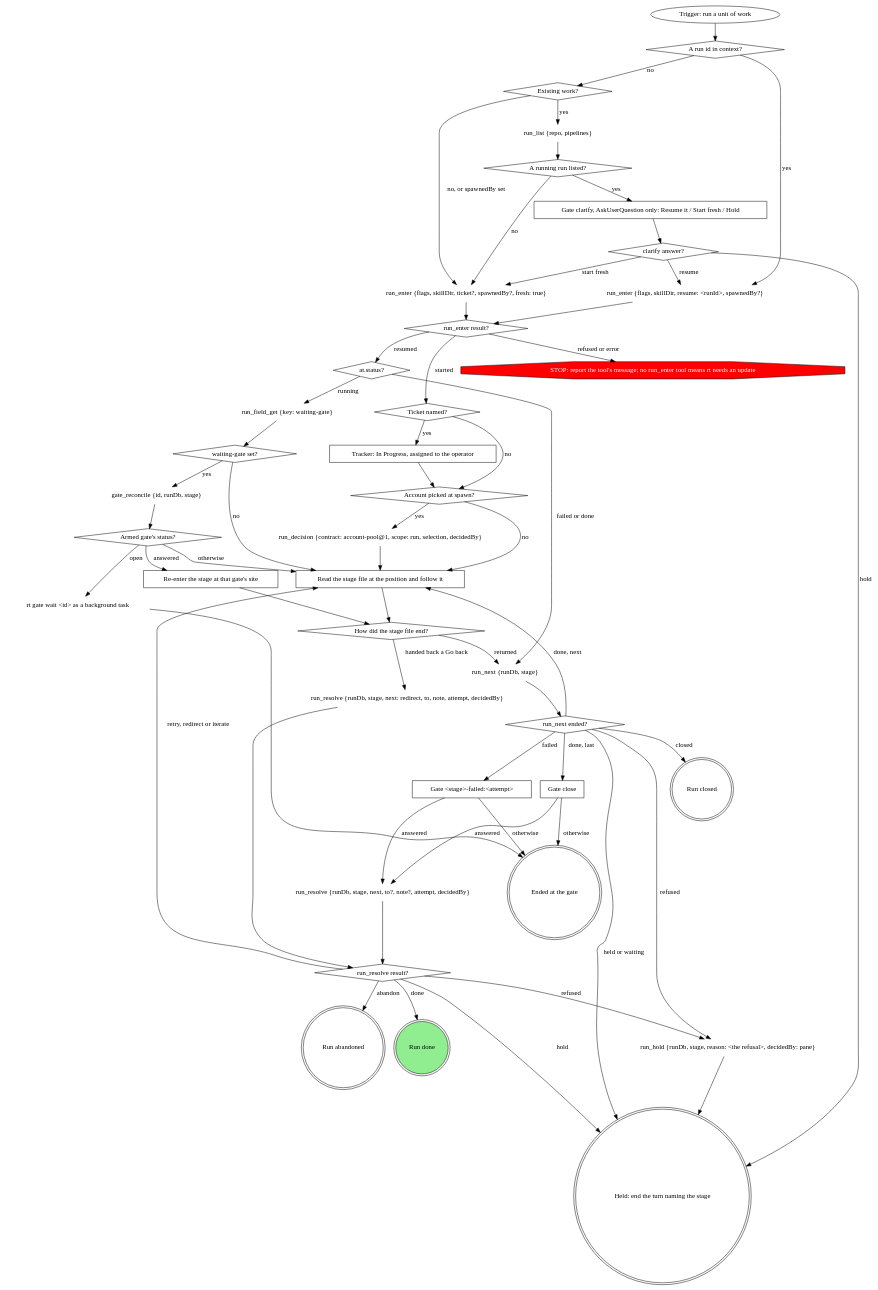
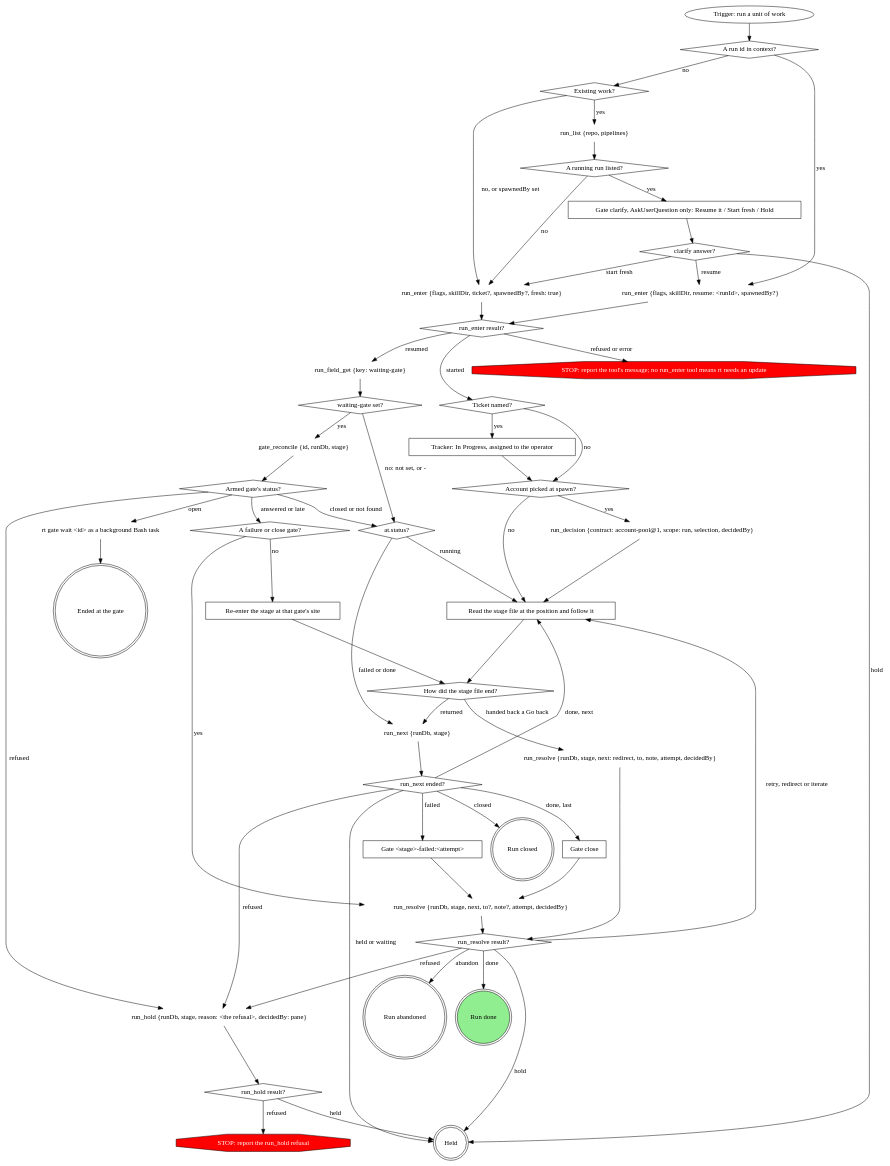
One commit to m4ttstack/mattstack changed the diagram in plugins/mattstack/attachments/pipeline/work/SKILL.md. Above: the diagram before and after it, drawn with Graphviz. The commit also changed other lines of this file and 1 other file, not shown here.

Commit message:
work: hand-back decidedBy, resume reconcile on every row, kept rules

````diff
--- a/plugins/mattstack/attachments/pipeline/work/SKILL.md
+++ b/plugins/mattstack/attachments/pipeline/work/SKILL.md
@@ -46,13 +46,14 @@
     "Tracker: In Progress, assigned to the operator" [shape=box];
     "Account picked at spawn?" [shape=diamond];
     "run_decision {contract: account-pool@1, scope: run, selection, decidedBy}" [shape=plaintext];
-    "at.status?" [shape=diamond];
     "run_field_get {key: waiting-gate}" [shape=plaintext];
     "waiting-gate set?" [shape=diamond];
     "gate_reconcile {id, runDb, stage}" [shape=plaintext];
     "Armed gate's status?" [shape=diamond];
-    "rt gate wait <id> as a background task" [shape=plaintext];
+    "A failure or close gate?" [shape=diamond];
+    "rt gate wait <id> as a background Bash task" [shape=plaintext];
     "Re-enter the stage at that gate's site" [shape=box];
+    "at.status?" [shape=diamond];
     "Read the stage file at the position and follow it" [shape=box];
     "How did the stage file end?" [shape=diamond];
     "run_next {runDb, stage}" [shape=plaintext];
@@ -63,7 +64,9 @@
     "run_resolve {runDb, stage, next: redirect, to, note, attempt, decidedBy}" [shape=plaintext];
     "run_resolve result?" [shape=diamond];
     "run_hold {runDb, stage, reason: <the refusal>, decidedBy: pane}" [shape=plaintext];
-    "Held: end the turn naming the stage" [shape=doublecircle];
+    "run_hold result?" [shape=diamond];
+    "STOP: report the run_hold refusal" [shape=octagon style=filled fillcolor=red fontcolor=white];
+    "Held" [shape=doublecircle];
     "Ended at the gate" [shape=doublecircle];
     "Run closed" [shape=doublecircle];
     "Run abandoned" [shape=doublecircle];
@@ -80,50 +83,52 @@
     "Gate clarify, AskUserQuestion only: Resume it / Start fresh / Hold" -> "clarify answer?";
     "clarify answer?" -> "run_enter {flags, skillDir, resume: <runId>, spawnedBy?}" [label="resume"];
     "clarify answer?" -> "run_enter {flags, skillDir, ticket?, spawnedBy?, fresh: true}" [label="start fresh"];
-    "clarify answer?" -> "Held: end the turn naming the stage" [label="hold"];
+    "clarify answer?" -> "Held" [label="hold"];
     "run_enter {flags, skillDir, resume: <runId>, spawnedBy?}" -> "run_enter result?";
     "run_enter {flags, skillDir, ticket?, spawnedBy?, fresh: true}" -> "run_enter result?";
     "run_enter result?" -> "Ticket named?" [label="started"];
-    "run_enter result?" -> "at.status?" [label="resumed"];
+    "run_enter result?" -> "run_field_get {key: waiting-gate}" [label="resumed"];
     "run_enter result?" -> "STOP: report the tool's message; no run_enter tool means rt needs an update" [label="refused or error"];
     "Ticket named?" -> "Tracker: In Progress, assigned to the operator" [label="yes"];
     "Ticket named?" -> "Account picked at spawn?" [label="no"];
     "Tracker: In Progress, assigned to the operator" -> "Account picked at spawn?";
     "Account picked at spawn?" -> "run_decision {contract: account-pool@1, scope: run, selection, decidedBy}" [label="yes"];
     "Account picked at spawn?" -> "Read the stage file at the position and follow it" [label="no"];
-    "run_decision {contract: account-pool@1, scope: run, selection, decidedBy}" -> "Read the stage file at the position and follow it";
-    "at.status?" -> "run_field_get {key: waiting-gate}" [label="running"];
-    "at.status?" -> "run_next {runDb, stage}" [label="failed or done"];
+    "run_decision {contract: account-pool@1, scope: run, selection, decidedBy}" -> "Read the stage file at the position and follow it" -> "How did the stage file end?";
     "run_field_get {key: waiting-gate}" -> "waiting-gate set?";
     "waiting-gate set?" -> "gate_reconcile {id, runDb, stage}" [label="yes"];
-    "waiting-gate set?" -> "Read the stage file at the position and follow it" [label="no"];
+    "waiting-gate set?" -> "at.status?" [label="no: not set, or -"];
     "gate_reconcile {id, runDb, stage}" -> "Armed gate's status?";
-    "Armed gate's status?" -> "Re-enter the stage at that gate's site" [label="answered"];
-    "Armed gate's status?" -> "rt gate wait <id> as a background task" [label="open"];
-    "Armed gate's status?" -> "Read the stage file at the position and follow it" [label="otherwise"];
-    "rt gate wait <id> as a background task" -> "Ended at the gate";
+    "Armed gate's status?" -> "A failure or close gate?" [label="answered or late"];
+    "Armed gate's status?" -> "rt gate wait <id> as a background Bash task" [label="open"];
+    "Armed gate's status?" -> "at.status?" [label="closed or not found"];
+    "Armed gate's status?" -> "run_hold {runDb, stage, reason: <the refusal>, decidedBy: pane}" [label="refused"];
+    "A failure or close gate?" -> "run_resolve {runDb, stage, next, to?, note?, attempt, decidedBy}" [label="yes"];
+    "A failure or close gate?" -> "Re-enter the stage at that gate's site" [label="no"];
+    "rt gate wait <id> as a background Bash task" -> "Ended at the gate";
     "Re-enter the stage at that gate's site" -> "How did the stage file end?";
-    "Read the stage file at the position and follow it" -> "How did the stage file end?";
+    "at.status?" -> "Read the stage file at the position and follow it" [label="running"];
+    "at.status?" -> "run_next {runDb, stage}" [label="failed or done"];
     "How did the stage file end?" -> "run_next {runDb, stage}" [label="returned"];
     "How did the stage file end?" -> "run_resolve {runDb, stage, next: redirect, to, note, attempt, decidedBy}" [label="handed back a Go back"];
     "run_next {runDb, stage}" -> "run_next ended?";
     "run_next ended?" -> "Read the stage file at the position and follow it" [label="done, next"];
     "run_next ended?" -> "Gate close" [label="done, last"];
     "run_next ended?" -> "Gate <stage>-failed:<attempt>" [label="failed"];
-    "run_next ended?" -> "Held: end the turn naming the stage" [label="held or waiting"];
+    "run_next ended?" -> "Held" [label="held or waiting"];
     "run_next ended?" -> "Run closed" [label="closed"];
     "run_next ended?" -> "run_hold {runDb, stage, reason: <the refusal>, decidedBy: pane}" [label="refused"];
-    "Gate <stage>-failed:<attempt>" -> "run_resolve {runDb, stage, next, to?, note?, attempt, decidedBy}" [label="answered"];
-    "Gate <stage>-failed:<attempt>" -> "Ended at the gate" [label="otherwise"];
-    "Gate close" -> "run_resolve {runDb, stage, next, to?, note?, attempt, decidedBy}" [label="answered"];
-    "Gate close" -> "Ended at the gate" [label="otherwise"];
+    "Gate <stage>-failed:<attempt>" -> "run_resolve {runDb, stage, next, to?, note?, attempt, decidedBy}";
+    "Gate close" -> "run_resolve {runDb, stage, next, to?, note?, attempt, decidedBy}";
     "run_resolve {runDb, stage, next, to?, note?, attempt, decidedBy}" -> "run_resolve result?";
     "run_resolve {runDb, stage, next: redirect, to, note, attempt, decidedBy}" -> "run_resolve result?";
     "run_resolve result?" -> "Read the stage file at the position and follow it" [label="retry, redirect or iterate"];
-    "run_resolve result?" -> "Held: end the turn naming the stage" [label="hold"];
+    "run_resolve result?" -> "Held" [label="hold"];
     "run_resolve result?" -> "Run abandoned" [label="abandon"];
     "run_resolve result?" -> "Run done" [label="done"];
     "run_resolve result?" -> "run_hold {runDb, stage, reason: <the refusal>, decidedBy: pane}" [label="refused"];
-    "run_hold {runDb, stage, reason: <the refusal>, decidedBy: pane}" -> "Held: end the turn naming the stage";
+    "run_hold {runDb, stage, reason: <the refusal>, decidedBy: pane}" -> "run_hold result?";
+    "run_hold result?" -> "Held" [label="held"];
+    "run_hold result?" -> "STOP: report the run_hold refusal" [label="refused"];
 }
 ```
````
